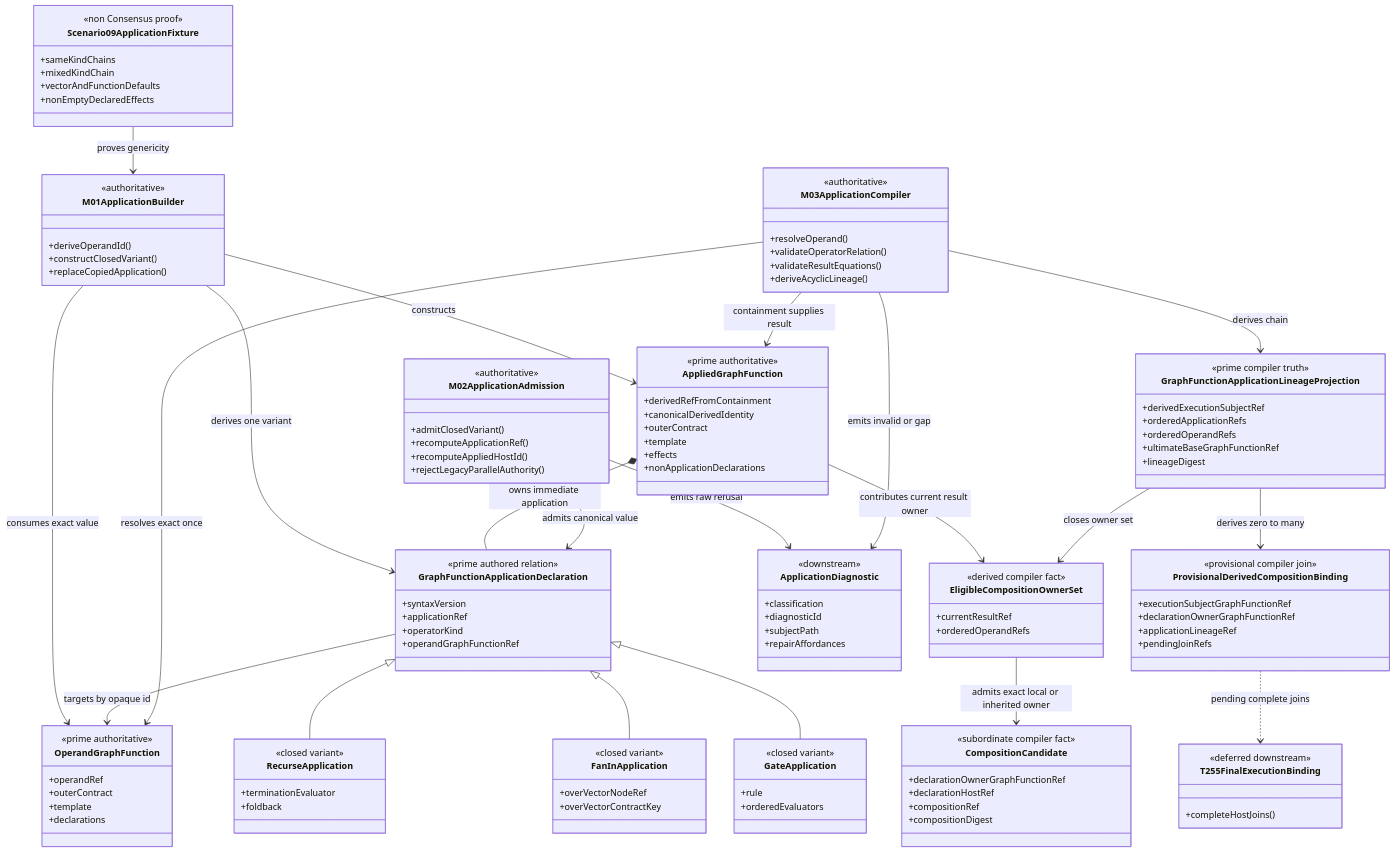
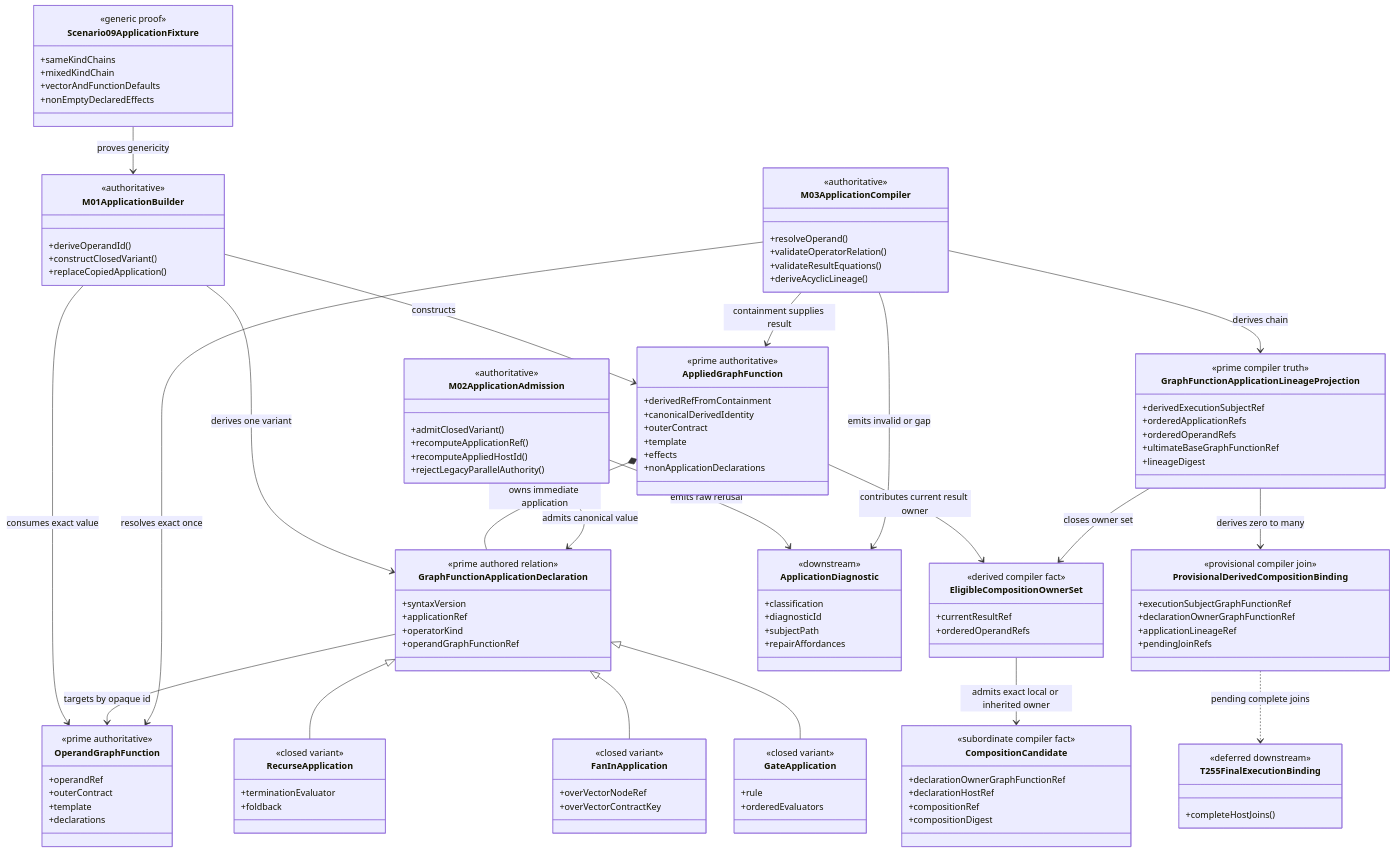
The first of 3 diagrams in build_tenants/abiogenesis/typescript/design/M01_M02_M03_GRAPH_FUNCTION_COMBINATOR_APPLICATION_BEHAVIOR_DESIGN.md (foolishimp/abiogenesis), drawn with Mermaid before and after one commit. The commit also changed other lines of this file and 61 other files, not shown here.

```diff
--- a/build_tenants/abiogenesis/typescript/design/M01_M02_M03_GRAPH_FUNCTION_COMBINATOR_APPLICATION_BEHAVIOR_DESIGN.md
+++ b/build_tenants/abiogenesis/typescript/design/M01_M02_M03_GRAPH_FUNCTION_COMBINATOR_APPLICATION_BEHAVIOR_DESIGN.md
@@ -335,7 +334,7 @@
     +completeHostJoins()
   }
   class Scenario09ApplicationFixture {
-    <<non Consensus proof>>
+    <<generic proof>>
     +sameKindChains
     +mixedKindChain
     +vectorAndFunctionDefaults
```
